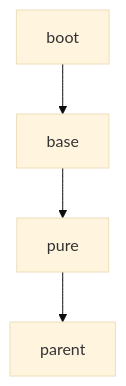
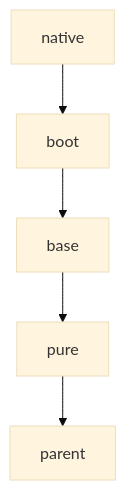
Before and after one commit to dbstar-org/parent: the diagram in README.md, drawn with Mermaid (base theme). The commit also changed other lines of this file and 4 other files, not shown here.

````diff
--- a/README.md
+++ b/README.md
@@ -31,6 +32,7 @@
 ```mermaid
 graph TD;
     pure-->parent;
     base-->pure;
     boot-->base;
+    native-->boot;
 ```
````
